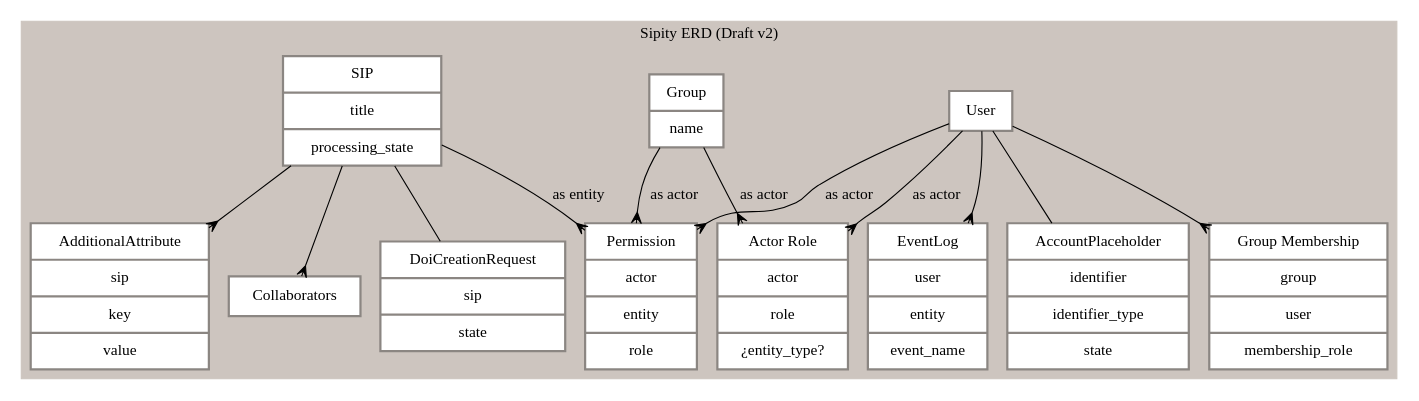
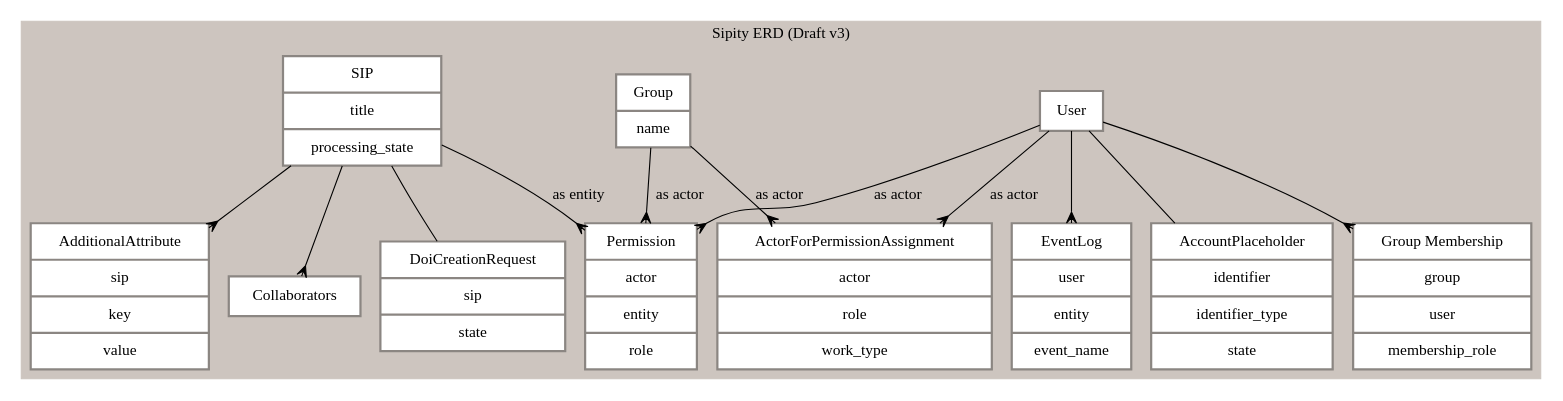
Before and after one commit to scholarworks/sipity: the diagram in artifacts/sipity-erd.dot, drawn with Graphviz. The commit also changed 1 other file, not shown here.

Commit message:
Amending ERD to reflect name changes
[skip ci]

```diff
--- a/artifacts/sipity-erd.dot
+++ b/artifacts/sipity-erd.dot
@@ -1,38 +1,38 @@
 digraph "G" {
     compound=true;
     node[color="grey15" shape=record penwidth=2 margin="0.15, 0.125"];
 
     subgraph cluster_0 {
-        label="Sipity ERD (Draft v2)"
+        label="Sipity ERD (Draft v3)"
         color="seashell3"
         style="filled"
         node[style=filled fillcolor=white color="seashell4"]
         edge[arrowhead="crow"]
 
         user[label="{ User }"]
         group_entity[label="{ Group | name }"]
         group_membership[label="{ Group Membership | group | user | membership_role }"]
         sip[label="{ SIP | title | processing_state }"]
         event_log[label="{ EventLog | user | entity | event_name }"]
         permission[label="{ Permission | actor | entity | role }"]
         collaborators[label="{ Collaborators }"]
         account_placeholder[label="{ AccountPlaceholder | identifier | identifier_type | state }"]
         doi_creation_request[label="{ DoiCreationRequest | sip | state }"]
         additional_attributes[label="{ AdditionalAttribute | sip | key | value }"]
-        actor_role[label="{ Actor Role | actor | role | ¿entity_type? }"]
+        ActorForPermissionAssignment[label="{ ActorForPermissionAssignment | actor | role | work_type }"]
 
         user -> group_membership
-        group_entity -> actor_role[label="as actor"]
-        user -> actor_role[label="as actor"]
+        group_entity -> ActorForPermissionAssignment[label="as actor"]
+        user -> ActorForPermissionAssignment[label="as actor"]
 
         user -> permission[label="as actor"]
         group_entity -> permission[label="as actor"]
         sip -> permission[label="as entity"]
         user -> event_log
         sip -> collaborators
         sip -> additional_attributes
         sip -> doi_creation_request[arrowhead=none]
         user -> account_placeholder[arrowhead=none]
     }
 
 }
```
